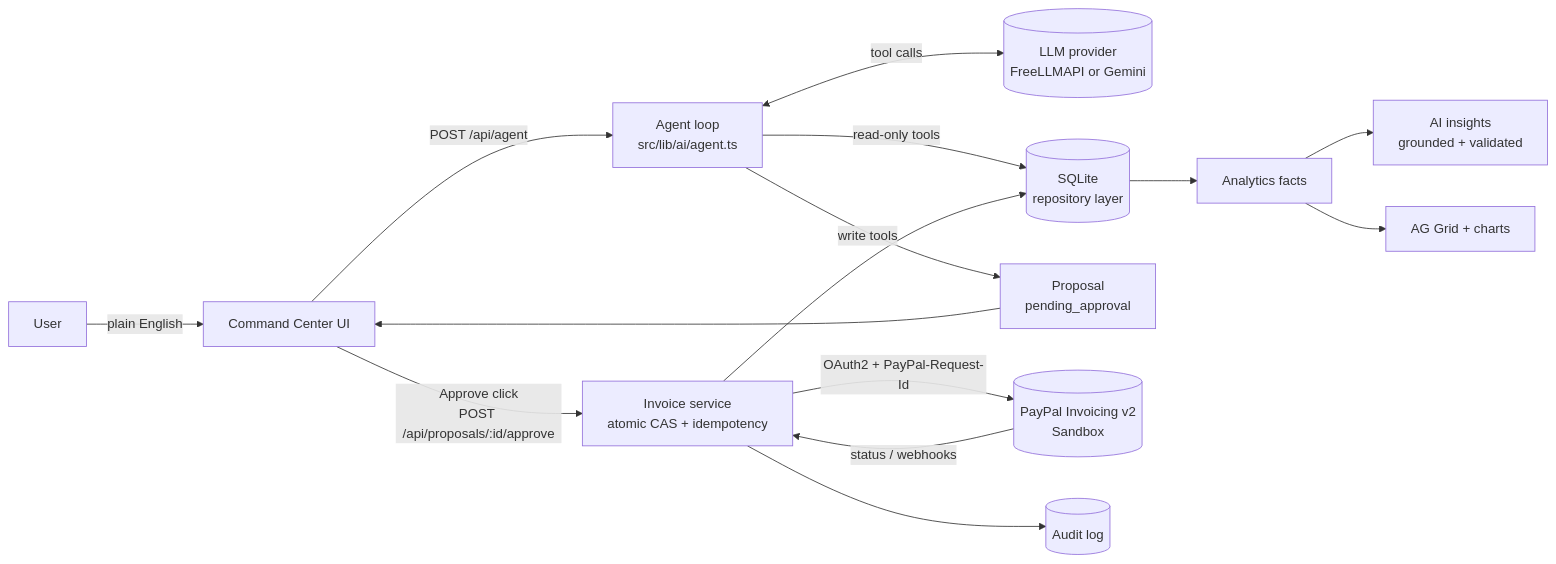
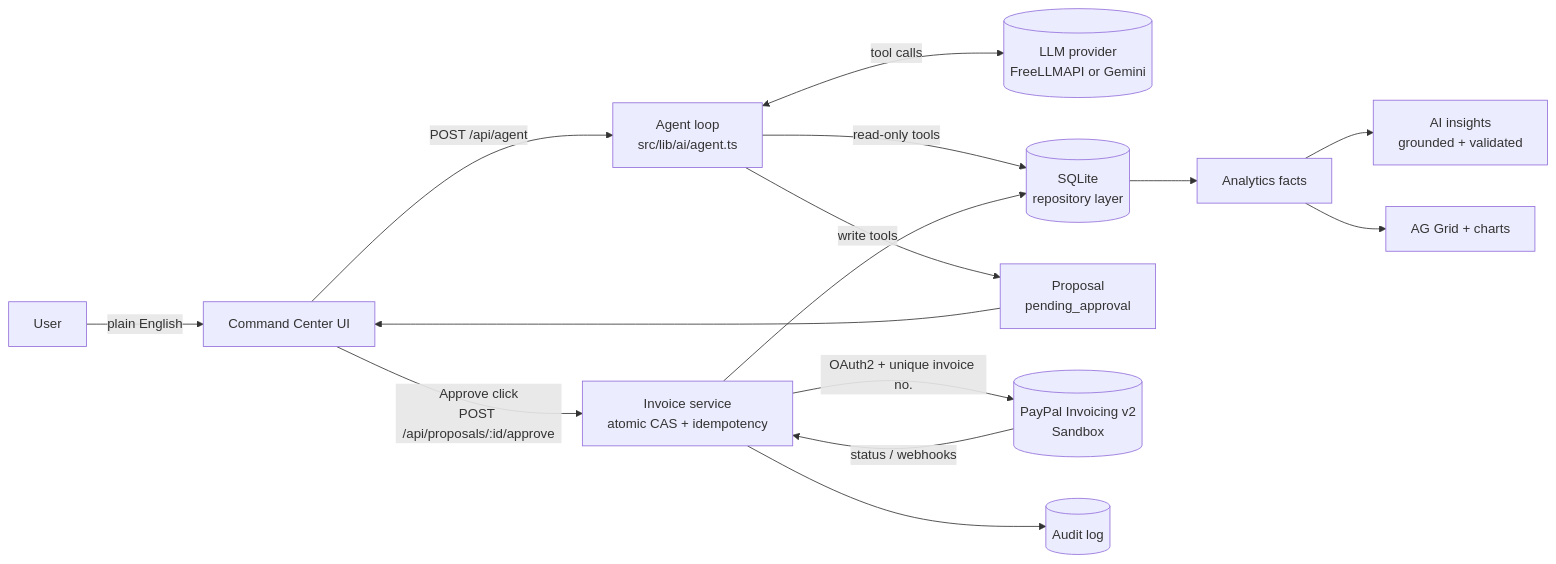
The diagram in README.md (nikhilygni-eng/nexora-ai), drawn with Mermaid before and after one commit. The commit also changed other lines of this file and 6 other files, not shown here.

````diff
--- a/README.md
+++ b/README.md
@@ -41,17 +41,17 @@
 ```mermaid
 flowchart LR
   U[User] -->|plain English| CC[Command Center UI]
   CC -->|POST /api/agent| AG[Agent loop<br/>src/lib/ai/agent.ts]
   AG <-->|tool calls| LLM[(LLM provider<br/>FreeLLMAPI or Gemini)]
   AG -->|read-only tools| DB[(SQLite<br/>repository layer)]
   AG -->|write tools| P[Proposal<br/>pending_approval]
   P --> CC
   CC -->|Approve click<br/>POST /api/proposals/:id/approve| SVC[Invoice service<br/>atomic CAS + idempotency]
-  SVC -->|OAuth2 + PayPal-Request-Id| PP[(PayPal Invoicing v2<br/>Sandbox)]
+  SVC -->|OAuth2 + unique invoice no.| PP[(PayPal Invoicing v2<br/>Sandbox)]
   PP -->|status / webhooks| SVC
   SVC --> DB
   SVC --> AUD[(Audit log)]
   DB --> AN[Analytics facts]
   AN --> INS[AI insights<br/>grounded + validated]
   AN --> GRID[AG Grid + charts]
 ```
````
